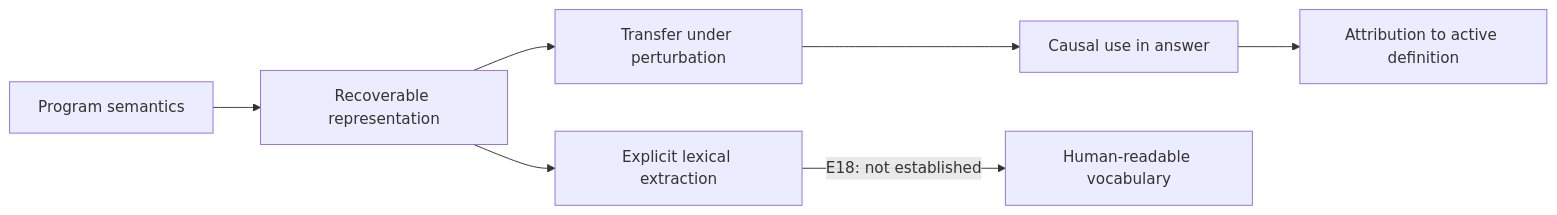
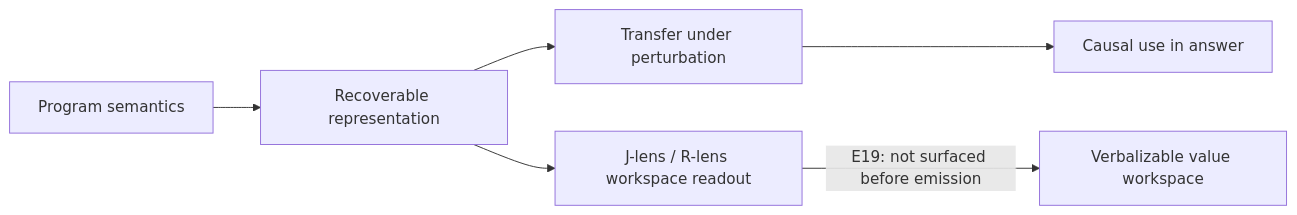
The diagram in docs/PAPER_DRAFT.md (virginiaceccatelli/semantic-flow), drawn with Mermaid before and after one commit. The commit also changed other lines of this file and 55 other files, not shown here.

````diff
--- a/docs/PAPER_DRAFT.md
+++ b/docs/PAPER_DRAFT.md
@@ -161,9 +147,8 @@
 ```mermaid
 flowchart LR
     A[Program semantics] --> B[Recoverable representation]
     B --> C[Transfer under perturbation]
     C --> D[Causal use in answer]
-    D --> E[Attribution to active definition]
-    B --> F[Explicit lexical extraction]
-    F -->|E18: not established| G[Human-readable vocabulary]
+    B --> E[J-lens / R-lens workspace readout]
+    E -->|E19: not surfaced before emission| F[Verbalizable value workspace]
 ```
````
